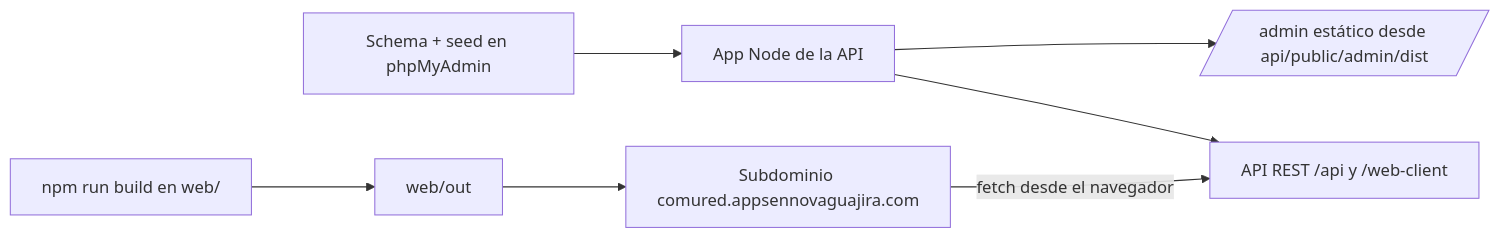
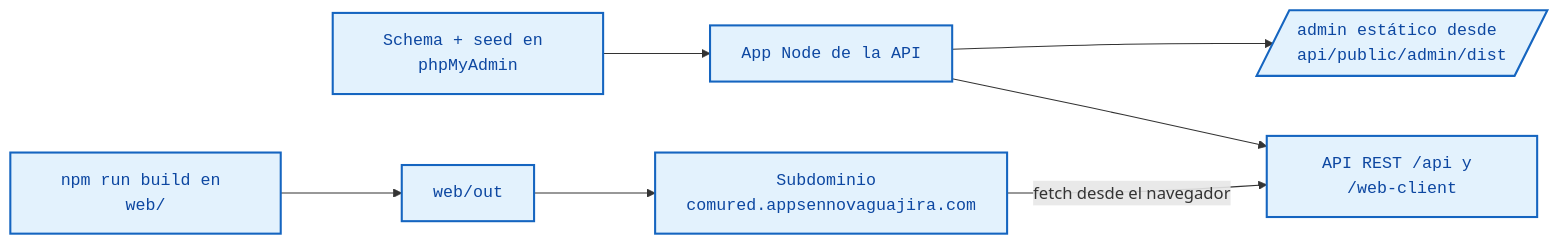
Before and after one commit to Alexhumme/guajira-platform: the diagram in documentacion/despliegue.md, drawn with Mermaid. The commit also changed 4 other files, not shown here.

Commit message:
docs: style all mermaid diagrams with shared classDef theme

````diff
--- a/documentacion/despliegue.md
+++ b/documentacion/despliegue.md
@@ -154,9 +154,12 @@
 ```mermaid
 flowchart LR
+  classDef default fill:#E3F2FD,stroke:#1565C0,color:#0D47A1,stroke-width:2px,font-family:monospace
+  classDef actor fill:#FFEBEE,stroke:#C62828,color:#B71C1C
+  classDef card fill:#FFF3E0,stroke:#EF6C00,color:#E65100
   A[Schema + seed en phpMyAdmin] --> B[App Node de la API]
   B --> C[/admin estático desde api/public/admin/dist/]
   B --> D[API REST /api y /web-client]
   E[npm run build en web/] --> F[web/out]
   F --> G[Subdominio comured.appsennovaguajira.com]
   G -->|fetch desde el navegador| D
 ```
````
